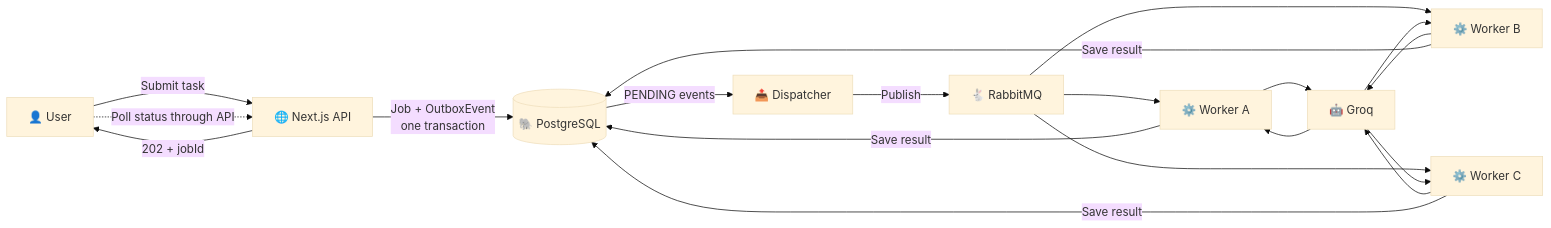
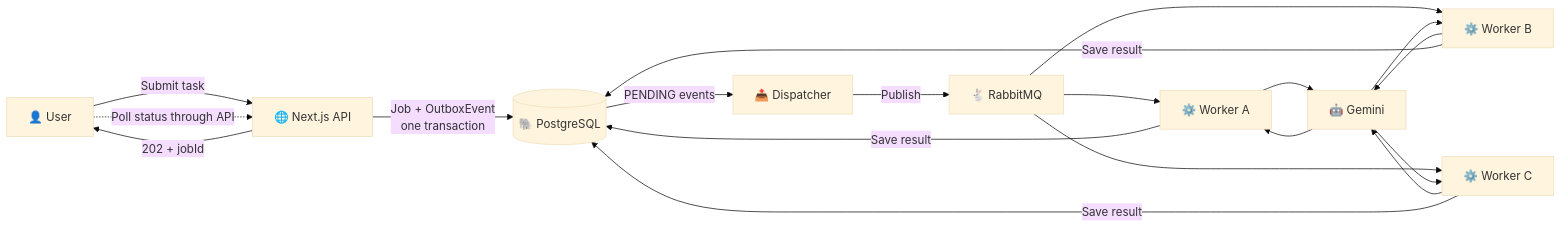
Before and after one commit to abhijeetmishra2104/asyncForge: the first of 3 diagrams in README.md, drawn with Mermaid (base theme). The commit also changed other lines of this file and 17 other files, not shown here.

First line of the commit message:
Replace Groq with Gemini for AI task execution

````diff
--- a/README.md
+++ b/README.md
@@ -47,27 +47,27 @@
 ``` mermaid
 flowchart LR
     U["👤 User"] -->|Submit task| API["🌐 Next.js API"]
     API -->|Job + OutboxEvent<br/>one transaction| DB[("🐘 PostgreSQL")]
     API -->|202 + jobId| U
 
     DB -->|PENDING events| D["📤 Dispatcher"]
     D -->|Publish| MQ["🐇 RabbitMQ"]
 
     MQ --> W1["⚙️ Worker A"]
     MQ --> W2["⚙️ Worker B"]
     MQ --> W3["⚙️ Worker C"]
 
-    W1 --> AI["🤖 Groq"]
+    W1 --> AI["🤖 Gemini"]
     W2 --> AI
     W3 --> AI
 
     AI --> W1
     AI --> W2
     AI --> W3
 
     W1 -->|Save result| DB
     W2 -->|Save result| DB
     W3 -->|Save result| DB
 
     U -.->|Poll status through API| API
 ```
````
